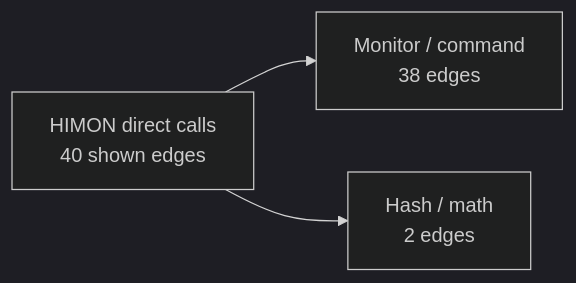
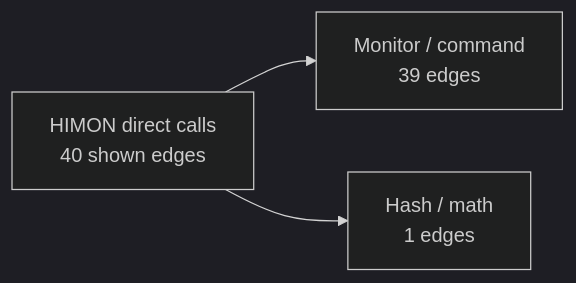
The first of 6 diagrams in DOC/GENERATED/HIMON_ROUTINE_TREE.md (95westus/R-YORS), drawn with Mermaid (dark theme) before and after one commit. The commit also changed other lines of this file and 85 other files, not shown here.

````diff
--- a/DOC/GENERATED/HIMON_ROUTINE_TREE.md
+++ b/DOC/GENERATED/HIMON_ROUTINE_TREE.md
@@ -16,5 +16,5 @@
 ```mermaid
 flowchart LR
-    MAP_ROOT_HIMON_DIRECT_CALLS["HIMON direct calls<br/>40 shown edges"] --> MAP_FAMILY_MONITOR___COMMAND["Monitor / command<br/>38 edges"]
-    MAP_ROOT_HIMON_DIRECT_CALLS["HIMON direct calls<br/>40 shown edges"] --> MAP_FAMILY_HASH___MATH["Hash / math<br/>2 edges"]
+    MAP_ROOT_HIMON_DIRECT_CALLS["HIMON direct calls<br/>40 shown edges"] --> MAP_FAMILY_MONITOR___COMMAND["Monitor / command<br/>39 edges"]
+    MAP_ROOT_HIMON_DIRECT_CALLS["HIMON direct calls<br/>40 shown edges"] --> MAP_FAMILY_HASH___MATH["Hash / math<br/>1 edges"]
 ```
````
